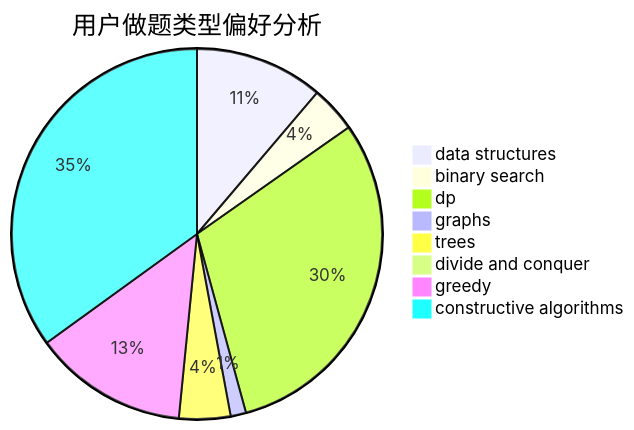
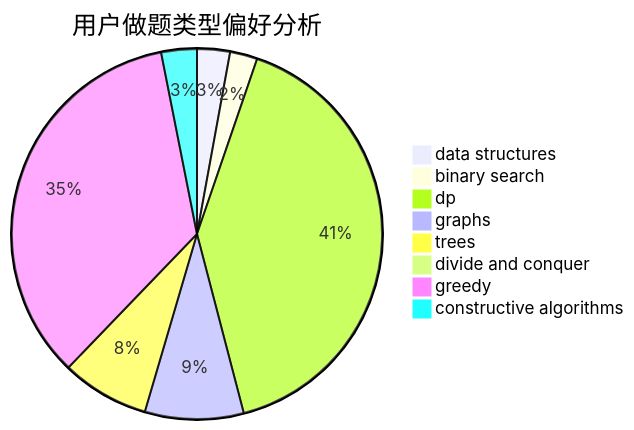
One commit to sherpahu/cfrs.github.io changed the second of 3 diagrams in docs/user/u2467.md. Above: the diagram before and after it, drawn with Mermaid. The commit also changed other lines of this file and 2770 other files, not shown here.

````diff
--- a/docs/user/u2467.md
+++ b/docs/user/u2467.md
@@ -23,11 +23,11 @@
 ```mermaid
 pie title 用户做题类型偏好分析
-    "data structures" :  25
-    "binary search" :  9
-    "dp" :  68
-    "graphs" :  3
-    "trees" :  10
-    "divide and conquer" :  0
-    "greedy" :  30
-    "constructive algorithms" :  78
+    "data structures" :  12
+    "binary search" :  10
+    "dp" :  170
+    "graphs" :  36
+    "trees" :  32
+    "divide and conquer" :  1
+    "greedy" :  145
+    "constructive algorithms" :  13
 ```
````
